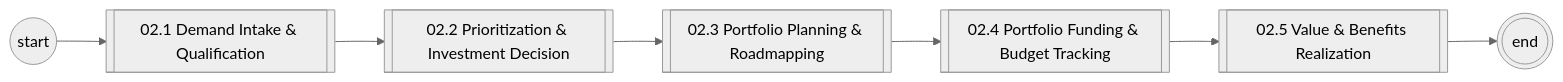
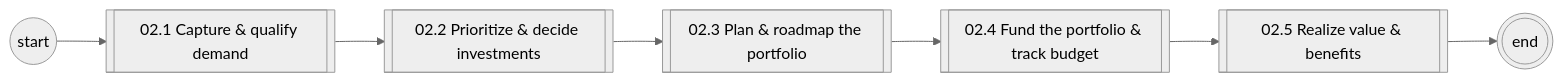
The first of 6 diagrams in diagrams/mermaid/area-02.md (corbyjames/apptio-process-catalog), drawn with Mermaid (neutral theme) before and after one commit. The commit also changed other lines of this file and 251 other files, not shown here.

````diff
--- a/diagrams/mermaid/area-02.md
+++ b/diagrams/mermaid/area-02.md
@@ -7,15 +7,15 @@
 ```mermaid
 flowchart LR
   S((start))
-  N02_1[["02.1 Demand Intake & Qualification"]]
+  N02_1[["02.1 Capture & qualify demand"]]
   S --> N02_1
-  N02_2[["02.2 Prioritization & Investment Decision"]]
+  N02_2[["02.2 Prioritize & decide investments"]]
   N02_1 --> N02_2
-  N02_3[["02.3 Portfolio Planning & Roadmapping"]]
+  N02_3[["02.3 Plan & roadmap the portfolio"]]
   N02_2 --> N02_3
-  N02_4[["02.4 Portfolio Funding & Budget Tracking"]]
+  N02_4[["02.4 Fund the portfolio & track budget"]]
   N02_3 --> N02_4
-  N02_5[["02.5 Value & Benefits Realization"]]
+  N02_5[["02.5 Realize value & benefits"]]
   N02_4 --> N02_5
   N02_5 --> E(((end)))
 ```
````
